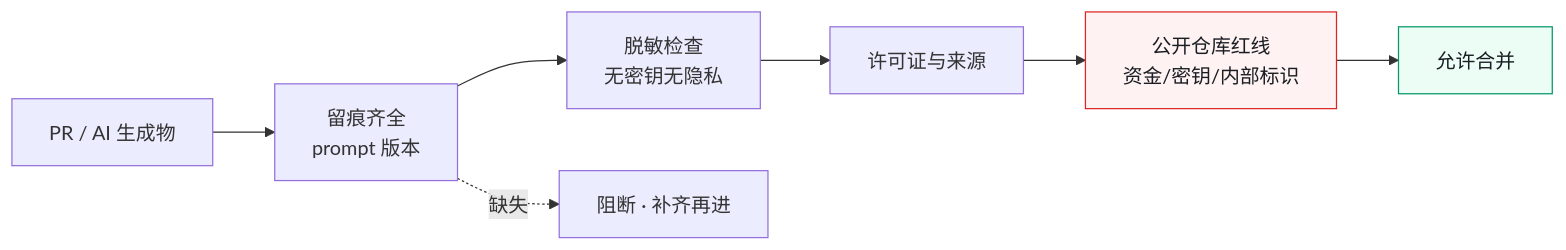
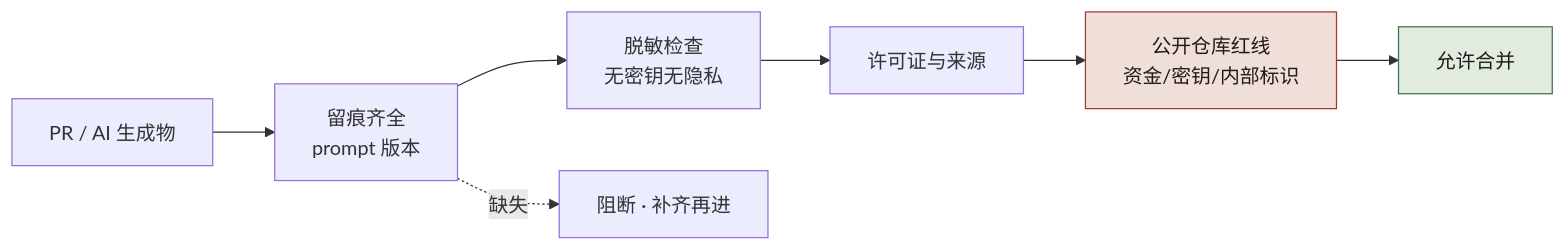
The first of 2 diagrams in docs/manuscript/ch27-第22章-安全合规公开仓库.md (funny8kids/AI_Native_Software_Engineering), drawn with Mermaid before and after one commit. The commit also changed other lines of this file and 81 other files, not shown here.

````diff
--- a/docs/manuscript/ch27-第22章-安全合规公开仓库.md
+++ b/docs/manuscript/ch27-第22章-安全合规公开仓库.md
@@ -6,11 +6,11 @@
 ```mermaid
 flowchart LR
   PR[PR / AI 生成物] --> R1[留痕齐全<br/>prompt 版本]
   R1 --> R2[脱敏检查<br/>无密钥无隐私]
   R2 --> R3[许可证与来源]
   R3 --> R4[公开仓库红线<br/>资金/密钥/内部标识]
   R4 --> MERGE[允许合并]
   R1 -.->|缺失| BLOCK[阻断 · 补齐再进]
-  style R4 fill:#fef2f2,stroke:#dc2626,color:#1a1d23
-  style MERGE fill:#ecfdf5,stroke:#059669,color:#1a1d23
+  style R4 fill:#f0dfd9,stroke:#a03b31,color:#1e1c19
+  style MERGE fill:#e2ebdf,stroke:#3e7247,color:#1e1c19
 ```
````
